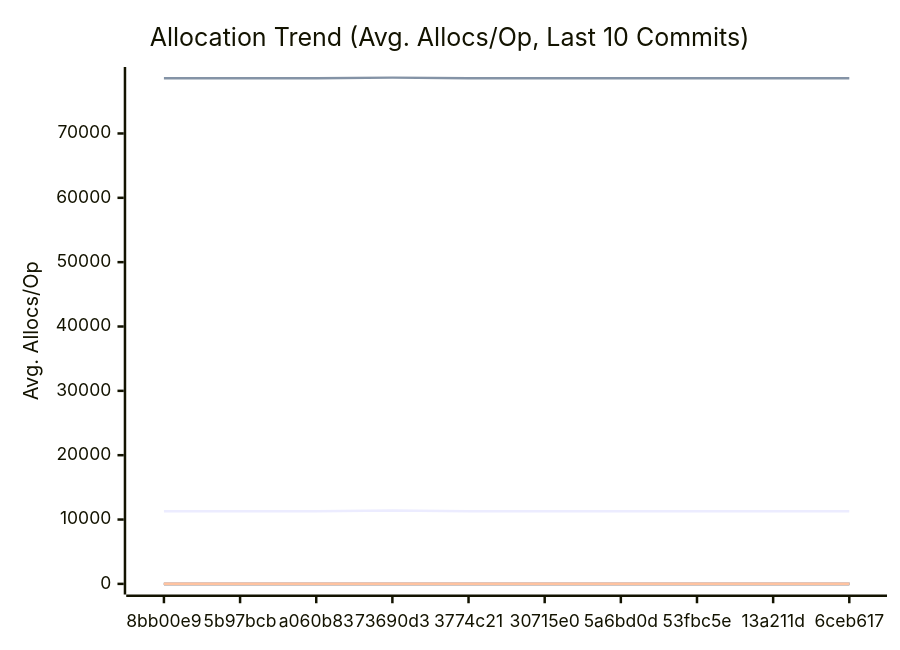
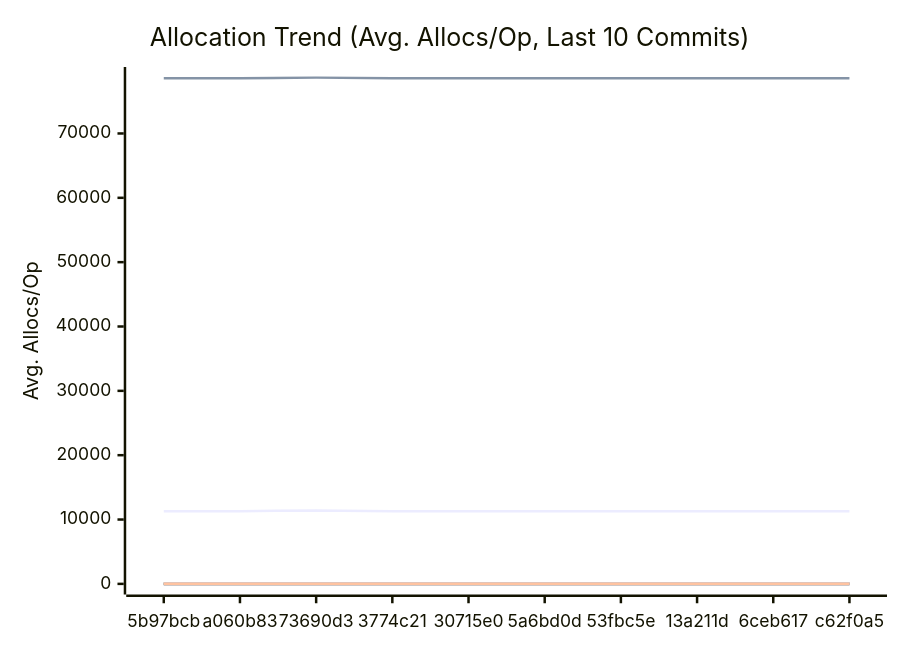
The third of 3 diagrams in docs/PERFORMANCE.md (alsotoes/momo), drawn with Mermaid before and after one commit. The commit also changed other lines of this file and 13 other files, not shown here.

````diff
--- a/docs/PERFORMANCE.md
+++ b/docs/PERFORMANCE.md
@@ -197,20 +197,20 @@
 ```mermaid
 xychart-beta
     title "Allocation Trend (Avg. Allocs/Op, Last 10 Commits)"
     x-axis "Commit"
     y-axis "Avg. Allocs/Op"
-    x-axis [8bb00e9,5b97bcb,a060b83,73690d3,3774c21,30715e0,5a6bd0d,53fbc5e,13a211d,6ceb617]
-    line "AWSChunkedReaderSigned" [11278,11291,11291,11422,11290,11296,11293,11281,11276,11278]
-    line "AWSChunkedReaderUnsigned" [78567,78580,78580,78679,78587,78563,78569,78577,78568,78570]
+    x-axis [5b97bcb,a060b83,73690d3,3774c21,30715e0,5a6bd0d,53fbc5e,13a211d,6ceb617,c62f0a5]
+    line "AWSChunkedReaderSigned" [11291,11291,11422,11290,11296,11293,11281,11276,11278,11291]
+    line "AWSChunkedReaderUnsigned" [78580,78580,78679,78587,78563,78569,78577,78568,78570,78564]
     line "CheckMetricsAndSwap" [0,0,0,0,0,0,0,0,0,0]
     line "CrushOptimized" [0,0,0,0,0,0,0,0,0,0]
     line "CrushOriginal" [3,3,3,3,3,3,3,3,3,3]
     line "IndexDirectTracking" [0,0,0,0,0,0,0,0,0,0]
     line "IndexSearch" [0,0,0,0,0,0,0,0,0,0]
-    line "LoadGlobalConfig" [46,46,46,46,50,54,54,54,54,54]
+    line "LoadGlobalConfig" [46,46,46,50,54,54,54,54,54,54]
     line "PadString" [1,1,1,1,1,1,1,1,1,1]
     line "ParseReplicationOrder_NoPrealloc" [6,6,6,6,6,5,5,5,5,5]
     line "ParseReplicationOrder_Prealloc" [2,2,2,2,2,1,1,1,1,1]
     line "SanitizeLog/Safe" [0,0,0,0,0,0,0,0,0,0]
     line "SanitizeLog/Unsafe" [1,1,1,1,1,1,1,1,1,1]
 ```
````
